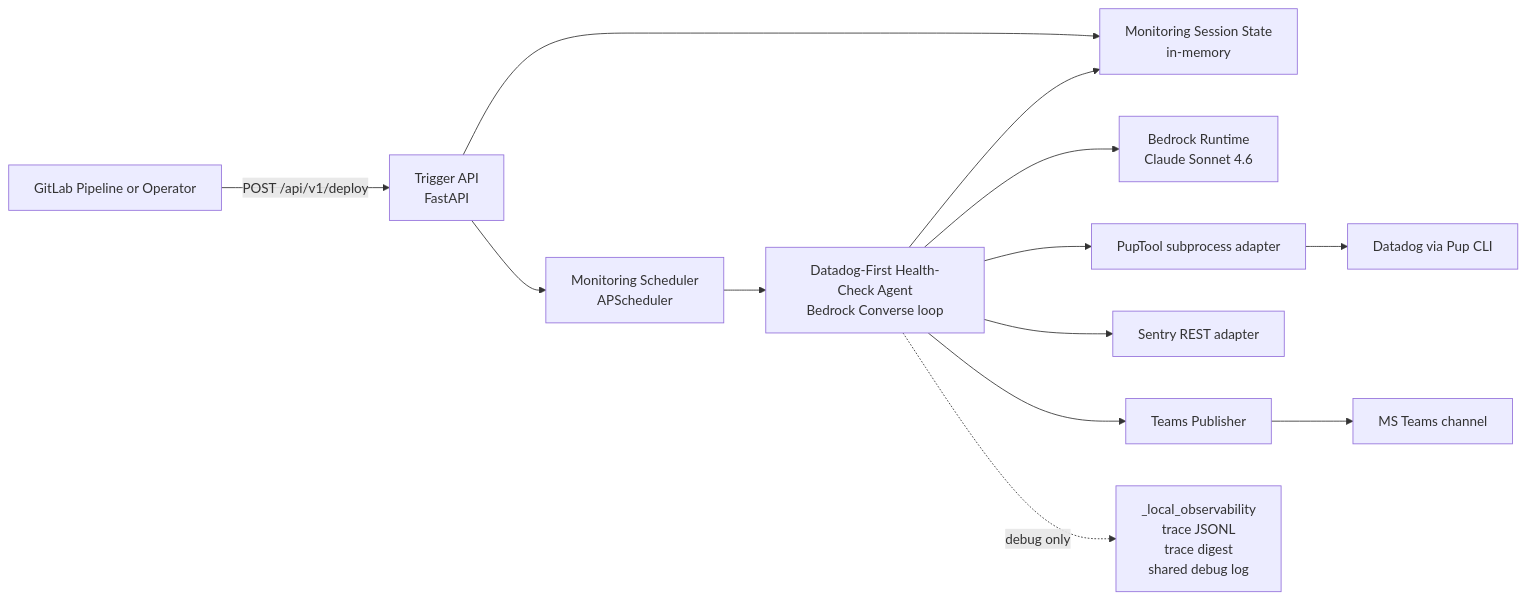
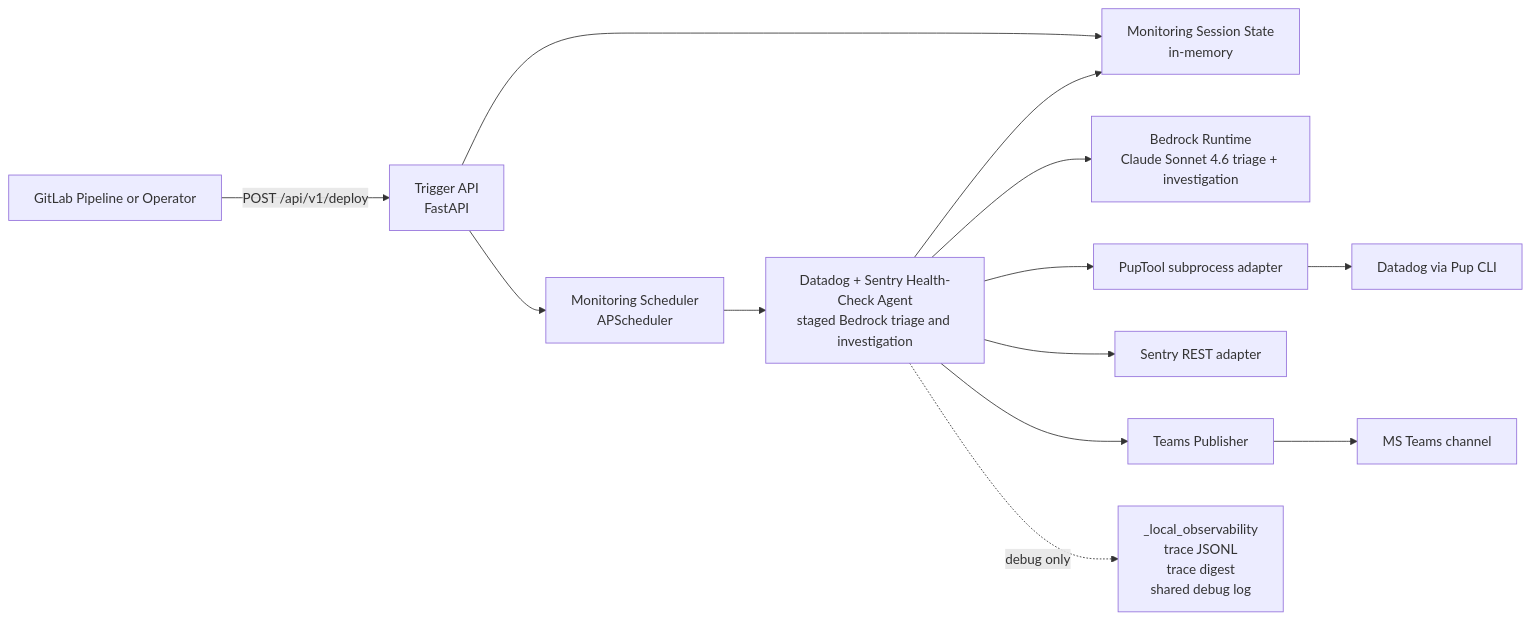
The first of 2 diagrams in docs/context/ARCHITECTURE.md (elis-salobehaj/ess), drawn with Mermaid before and after one commit. The commit also changed other lines of this file and 27 other files, not shown here.

````diff
--- a/docs/context/ARCHITECTURE.md
+++ b/docs/context/ARCHITECTURE.md
@@ -27,15 +30,15 @@
 ```mermaid
 flowchart LR
     GL[GitLab Pipeline or Operator] -->|POST /api/v1/deploy| API[Trigger API<br/>FastAPI]
     API --> SCHED[Monitoring Scheduler<br/>APScheduler]
     API --> STATE[Monitoring Session State<br/>in-memory]
-    SCHED --> AGENT[Datadog-First Health-Check Agent<br/>Bedrock Converse loop]
-    AGENT --> BR[Bedrock Runtime<br/>Claude Sonnet 4.6]
+    SCHED --> AGENT[Datadog + Sentry Health-Check Agent<br/>staged Bedrock triage and investigation]
+    AGENT --> BR[Bedrock Runtime<br/>Claude Sonnet 4.6 triage + investigation]
     AGENT --> PUP[PupTool subprocess adapter]
     PUP --> DD[Datadog via Pup CLI]
     AGENT --> SENTRY[Sentry REST adapter]
     AGENT --> STATE
     AGENT --> TEAMS[Teams Publisher]
     TEAMS --> CH[MS Teams channel]
     AGENT -. debug only .-> OBS[_local_observability<br/>trace JSONL<br/>trace digest<br/>shared debug log]
 ```
````
